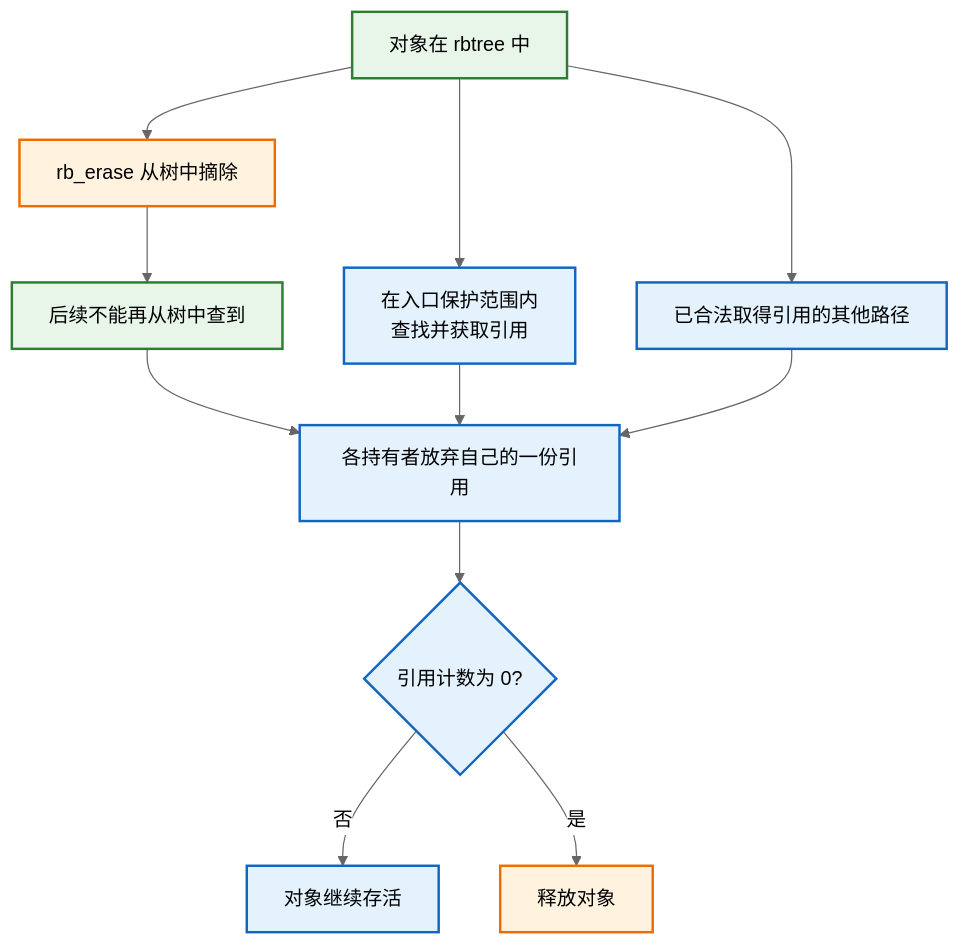
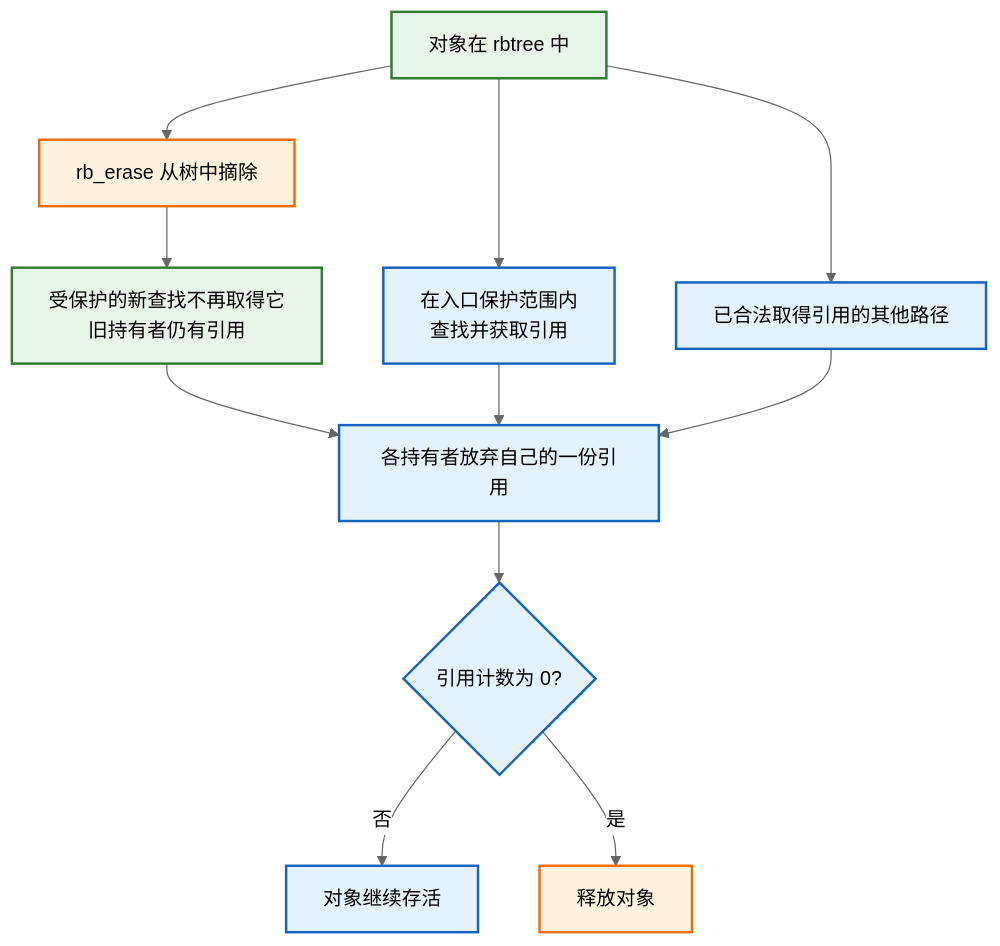
One commit to FormingSystem/linux_note changed diagram 21 of 25 in knowledge/linux/data_structures/红黑树_rb-tree/P09_Linux_6.12_内核_rbtree_嵌入式节点与使用者接口.md. Above: the diagram before and after it, drawn with Mermaid (neutral theme). The commit also changed other lines of this file and 6 other files, not shown here.

````diff
--- a/knowledge/linux/data_structures/红黑树_rb-tree/P09_Linux_6.12_内核_rbtree_嵌入式节点与使用者接口.md
+++ b/knowledge/linux/data_structures/红黑树_rb-tree/P09_Linux_6.12_内核_rbtree_嵌入式节点与使用者接口.md
@@ -1642,31 +1651,31 @@
 ```mermaid
 graph TD
 	in_tree["对象在 rbtree 中"]
 	lookup_get["在入口保护范围内<br/>查找并获取引用"]
 	other_user["已合法取得引用的其他路径"]
 	remove_tree["rb_erase 从树中摘除"]
-	not_find["后续不能再从树中查到"]
+	not_find["受保护的新查找不再取得它<br/>旧持有者仍有引用"]
 	put_ref["各持有者放弃自己的一份引用"]
 	ref_zero{"引用计数为 0?"}
 	keep_alive["对象继续存活"]
 	free_obj["释放对象"]
 
 	in_tree --> lookup_get
 	in_tree --> other_user
 	in_tree --> remove_tree
 	remove_tree --> not_find
 	not_find --> put_ref
 	lookup_get --> put_ref
 	other_user --> put_ref
 	put_ref --> ref_zero
 	ref_zero -->|否| keep_alive
 	ref_zero -->|是| free_obj
 
 	classDef state fill:#e8f5e9,stroke:#2e7d32,color:#000,stroke-width:2px;
 	classDef ref fill:#e3f2fd,stroke:#1565c0,color:#000,stroke-width:2px;
 	classDef free fill:#fff3e0,stroke:#ef6c00,color:#000,stroke-width:2px;
 
 	class in_tree,not_find state;
 	class lookup_get,other_user,put_ref,ref_zero,keep_alive ref;
 	class remove_tree,free_obj free;
 ```
````
